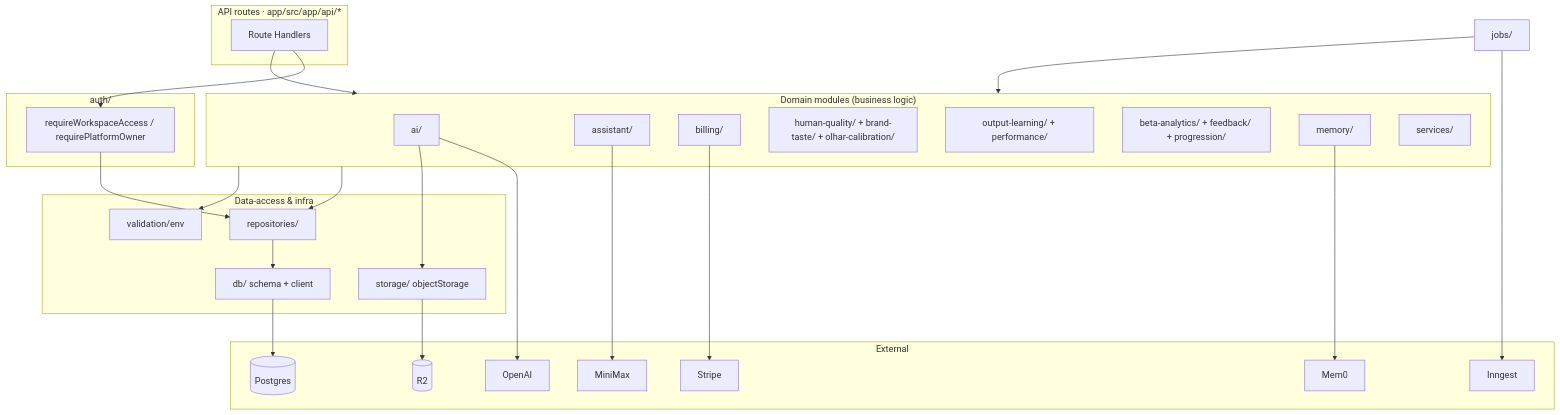
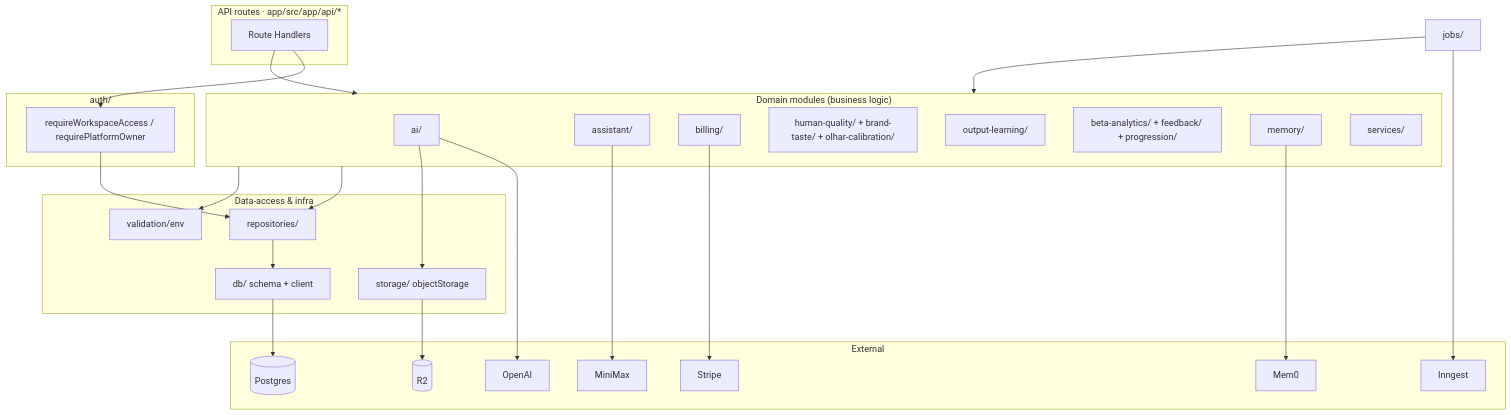
The first of 2 diagrams in docs/SERVER-MODULES.md (jhowtkd/adscale), drawn with Mermaid before and after one commit. The commit also changed other lines of this file and 44 other files, not shown here.

````diff
--- a/docs/SERVER-MODULES.md
+++ b/docs/SERVER-MODULES.md
@@ -71,50 +70,50 @@
 ```mermaid
 graph TD
   subgraph Edge["API routes · app/src/app/api/*"]
     R[Route Handlers]
   end
   subgraph Auth["auth/"]
     A[requireWorkspaceAccess / requirePlatformOwner]
   end
   subgraph Domain["Domain modules (business logic)"]
     AI[ai/]
     Asst[assistant/]
     Bill[billing/]
     HQ[human-quality/ + brand-taste/ + olhar-calibration/]
-    OL[output-learning/ + performance/]
+    OL[output-learning/]
     Beta[beta-analytics/ + feedback/ + progression/]
     Mem[memory/]
     Svc[services/]
   end
   subgraph Data["Data-access & infra"]
     Repo[repositories/]
     DB[db/ schema + client]
     Store[storage/ objectStorage]
     Val[validation/env]
   end
   subgraph External
     OAI[OpenAI]
     MMX[MiniMax]
     STR[Stripe]
     MEM[Mem0]
     ING[Inngest]
     R2[(R2)]
     PG[(Postgres)]
   end
 
   R --> A
   R --> Domain
   A --> Repo
   Domain --> Repo
   Repo --> DB
   AI --> OAI
   AI --> Store
   Asst --> MMX
   Bill --> STR
   Mem --> MEM
   Jobs2[jobs/] --> ING
   Store --> R2
   DB --> PG
   Domain --> Val
   Jobs2 --> Domain
 ```
````
